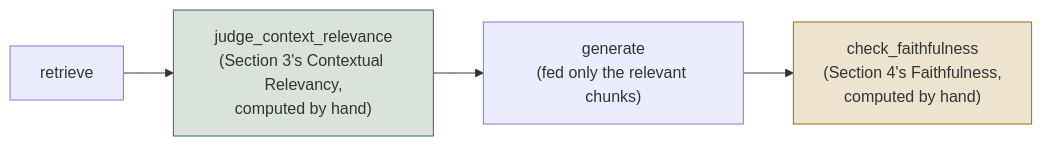
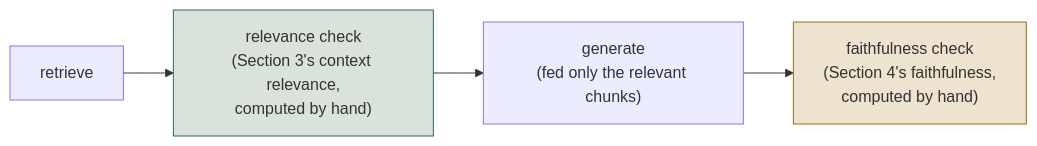
Before and after one commit to Sourav692/Agent_Evaluation_Demystified: the fifth of 6 diagrams in docs/roadmap-explainers/01-rag-retrieval-and-generation.md, drawn with Mermaid. The commit also changed other lines of this file and 34 other files, not shown here.

````diff
--- a/docs/roadmap-explainers/01-rag-retrieval-and-generation.md
+++ b/docs/roadmap-explainers/01-rag-retrieval-and-generation.md
@@ -465,9 +424,9 @@
 ```mermaid
 flowchart LR
-    RET["retrieve"] --> JCR["judge_context_relevance<br/>(Section 3's Contextual Relevancy,<br/>computed by hand)"]
+    RET["retrieve"] --> JCR["relevance check<br/>(Section 3's context relevance,<br/>computed by hand)"]
     JCR --> GEN["generate<br/>(fed only the relevant chunks)"]
-    GEN --> CF["check_faithfulness<br/>(Section 4's Faithfulness,<br/>computed by hand)"]
+    GEN --> CF["faithfulness check<br/>(Section 4's faithfulness,<br/>computed by hand)"]
 
     style JCR fill:#D9E3DB,stroke:#2F6B4F
     style CF fill:#EDE3CE,stroke:#9A6A12
 ```
````
